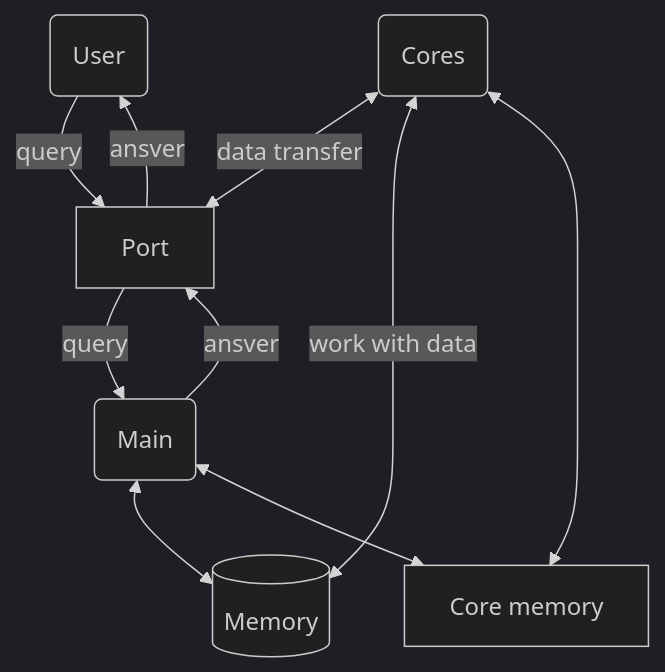
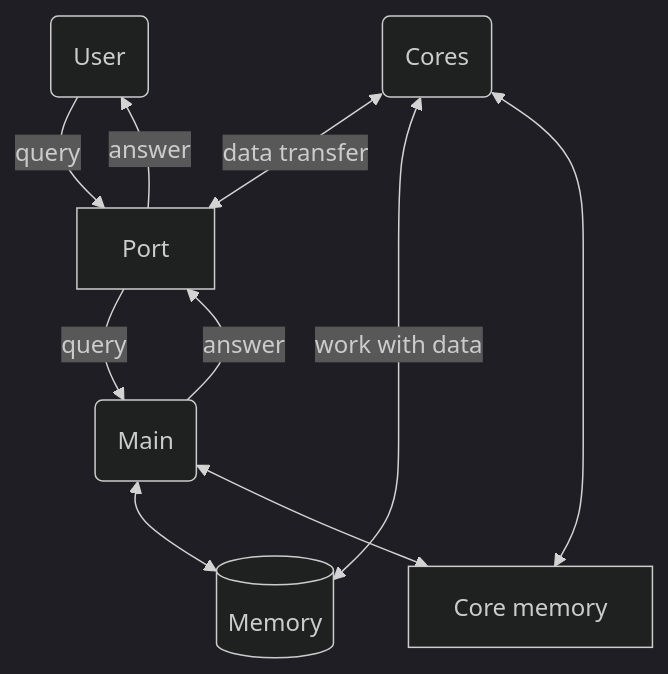
One commit to ZeleniyKustik/VSDSFM changed the first of 2 diagrams in README.md. Above: the diagram before and after it, drawn with Mermaid (dark theme). The commit also changed other lines of this file, not shown here.

````diff
--- a/README.md
+++ b/README.md
@@ -4,28 +4,28 @@
 ```mermaid
 graph TD
   
 
 user(User)
 port[Port]
 
 main(Main)
 
 mem@{ shape: "cyl", label: "Memory" }
 
 core(Cores)
 memcore[Core memory]
 
 user --> |query| port
-port --> |ansver| user
+port --> |answer| user
 
-main --> |ansver| port
+main --> |answer| port
 port --> |query| main
 
 main <--> mem    
 
 core <--> |data transfer| port
 core <-->|work with data| mem
 core <-->  memcore
       
 main <--> memcore 
 ```
````
